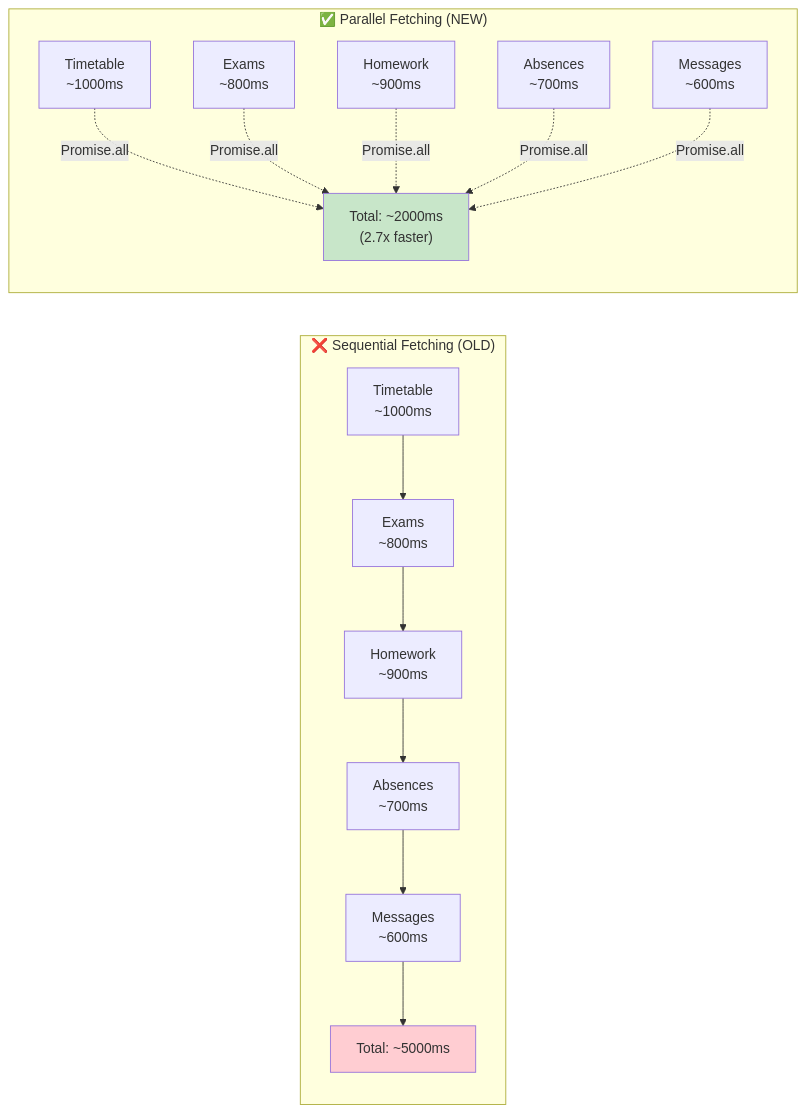
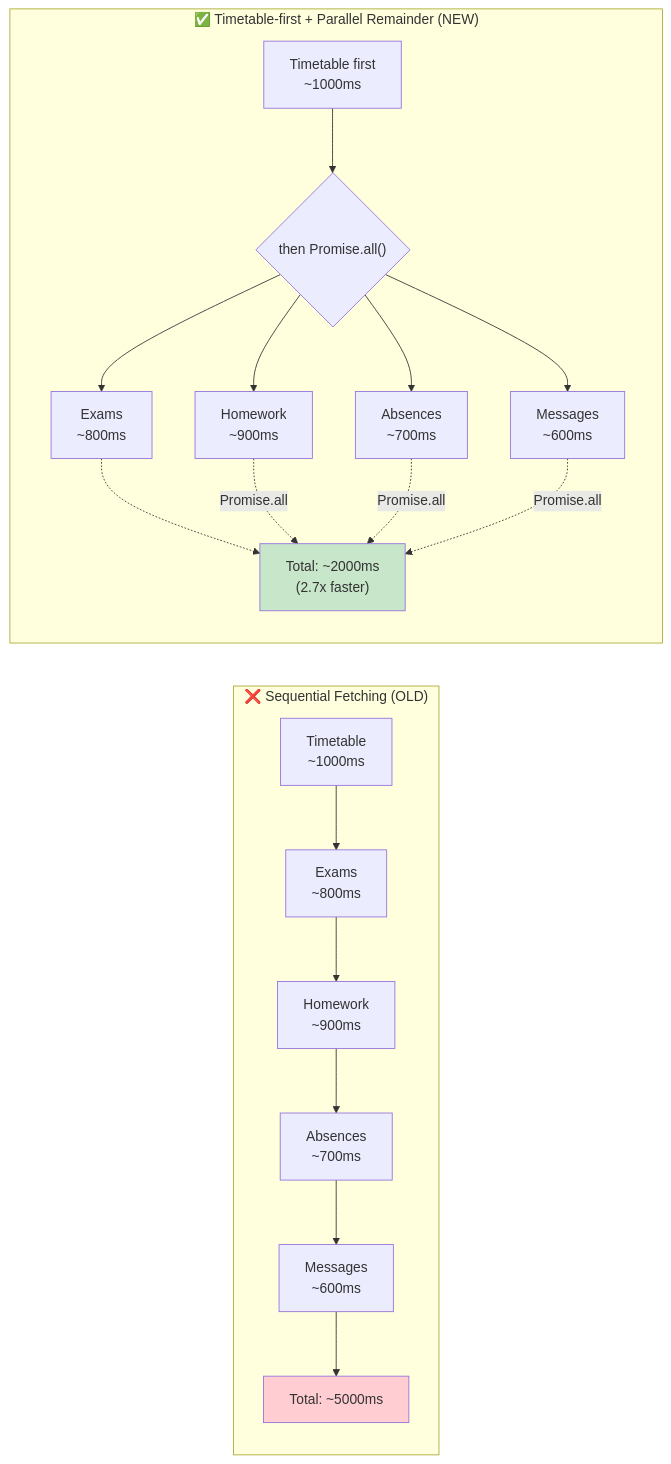
Before and after one commit to HeikoGr/MMM-Webuntis: diagram 12 of 13 in docs/ARCHITECTURE.md, drawn with Mermaid. The commit also changed other lines of this file and 32 other files, not shown here.

````diff
--- a/docs/ARCHITECTURE.md
+++ b/docs/ARCHITECTURE.md
@@ -1075,28 +1113,33 @@
 ```mermaid
 graph LR
     subgraph Before["❌ Sequential Fetching (OLD)"]
         S1["Timetable<br/>~1000ms"]
         --> S2["Exams<br/>~800ms"]
         --> S3["Homework<br/>~900ms"]
         --> S4["Absences<br/>~700ms"]
         --> S5["Messages<br/>~600ms"]
         S5 --> Total1["Total: ~5000ms"]
     end
 
-    subgraph After["✅ Parallel Fetching (NEW)"]
-        P1["Timetable<br/>~1000ms"]
+    subgraph After["✅ Timetable-first + Parallel Remainder (NEW)"]
+        P1["Timetable first<br/>~1000ms"]
         P2["Exams<br/>~800ms"]
         P3["Homework<br/>~900ms"]
         P4["Absences<br/>~700ms"]
         P5["Messages<br/>~600ms"]
 
-        P1 -.->|Promise.all| Total2["Total: ~2000ms<br/>(2.7x faster)"]
-        P2 -.->|Promise.all| Total2
+        P1 --> FanOut{"then Promise.all()"}
+        FanOut --> P2
+        FanOut --> P3
+        FanOut --> P4
+        FanOut --> P5
+
+        P2 -.-> Total2["Total: ~2000ms<br/>(2.7x faster)"]
         P3 -.->|Promise.all| Total2
         P4 -.->|Promise.all| Total2
         P5 -.->|Promise.all| Total2
     end
 
     style Total1 fill:#ffcdd2
     style Total2 fill:#c8e6c9
 ```
````
